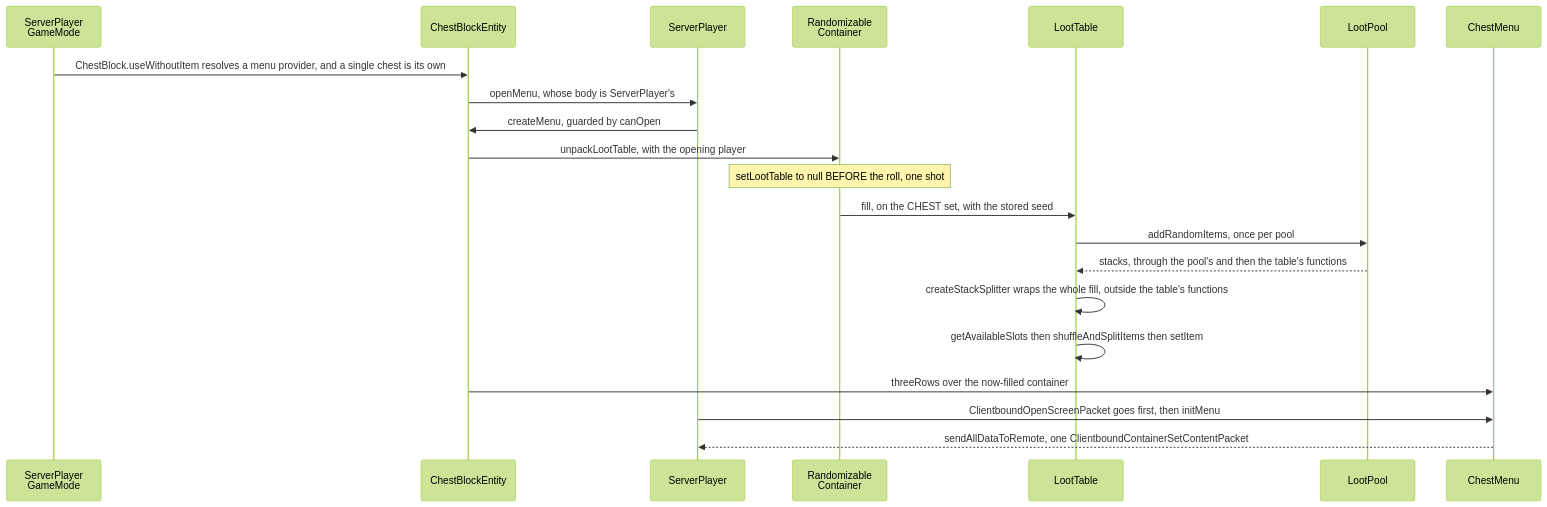
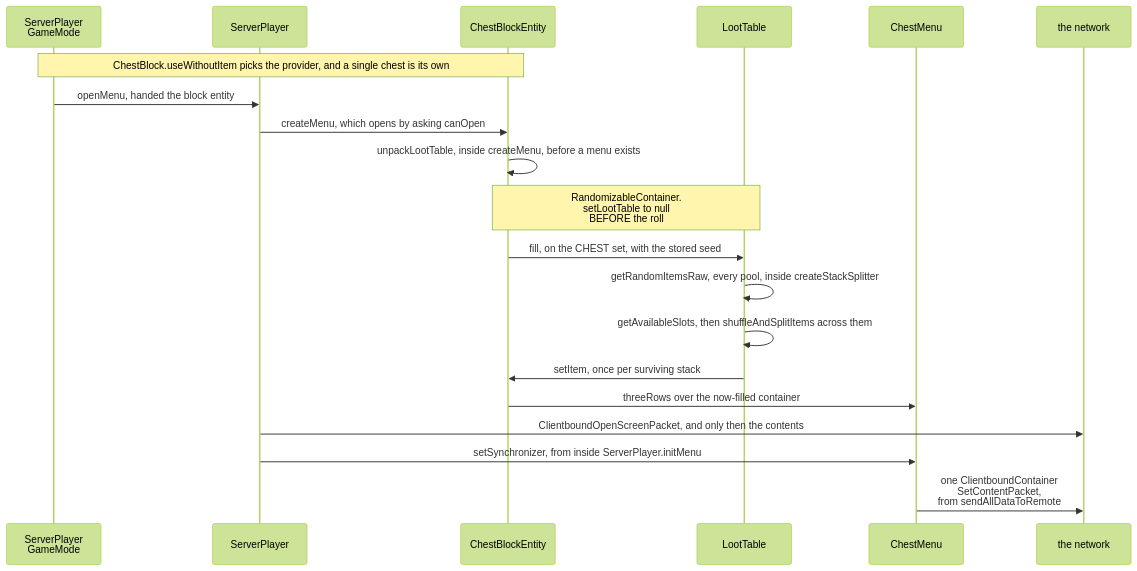
One commit to AlexanderjFraser/MinecraftDocs changed the first of 2 diagrams in src/systems/items/loot-tables.md. Above: the diagram before and after it, drawn with Mermaid (forest theme). The commit also changed other lines of this file and 19 other files, not shown here.

````diff
--- a/src/systems/items/loot-tables.md
+++ b/src/systems/items/loot-tables.md
@@ -109,24 +113,23 @@
 ```mermaid
 sequenceDiagram
     participant SPGM as ServerPlayer<br/>GameMode
+    participant SP as ServerPlayer
     participant CBE as ChestBlockEntity
-    participant SP as ServerPlayer
-    participant RCont as Randomizable<br/>Container
     participant LT as LootTable
-    participant LPool as LootPool
     participant ChestM as ChestMenu
+    participant Wire as the network
 
-    SPGM->>CBE: ChestBlock.useWithoutItem resolves a menu provider, and a single chest is its own
-    CBE->>SP: openMenu, whose body is ServerPlayer's
-    SP->>CBE: createMenu, guarded by canOpen
-    CBE->>RCont: unpackLootTable, with the opening player
-    Note over RCont: setLootTable to null BEFORE the roll, one shot
-    RCont->>LT: fill, on the CHEST set, with the stored seed
-    LT->>LPool: addRandomItems, once per pool
-    LPool-->>LT: stacks, through the pool's and then the table's functions
-    LT->>LT: createStackSplitter wraps the whole fill, outside the table's functions
-    LT->>LT: getAvailableSlots then shuffleAndSplitItems then setItem
+    Note over SPGM,CBE: ChestBlock.useWithoutItem picks the provider, and a single chest is its own
+    SPGM->>SP: openMenu, handed the block entity
+    SP->>CBE: createMenu, which opens by asking canOpen
+    CBE->>CBE: unpackLootTable, inside createMenu, before a menu exists
+    Note over CBE,LT: RandomizableContainer.<br/>setLootTable to null <br/>BEFORE the roll
+    CBE->>LT: fill, on the CHEST set, with the stored seed
+    LT->>LT: getRandomItemsRaw, every pool, inside createStackSplitter
+    LT->>LT: getAvailableSlots, then shuffleAndSplitItems across them
+    LT->>CBE: setItem, once per surviving stack
     CBE->>ChestM: threeRows over the now-filled container
-    SP->>ChestM: ClientboundOpenScreenPacket goes first, then initMenu
-    ChestM-->>SP: sendAllDataToRemote, one ClientboundContainerSetContentPacket
+    SP->>Wire: ClientboundOpenScreenPacket, and only then the contents
+    SP->>ChestM: setSynchronizer, from inside ServerPlayer.initMenu
+    ChestM->>Wire: one ClientboundContainer<br/>SetContentPacket,<br/>from sendAllDataToRemote
 ```
````
